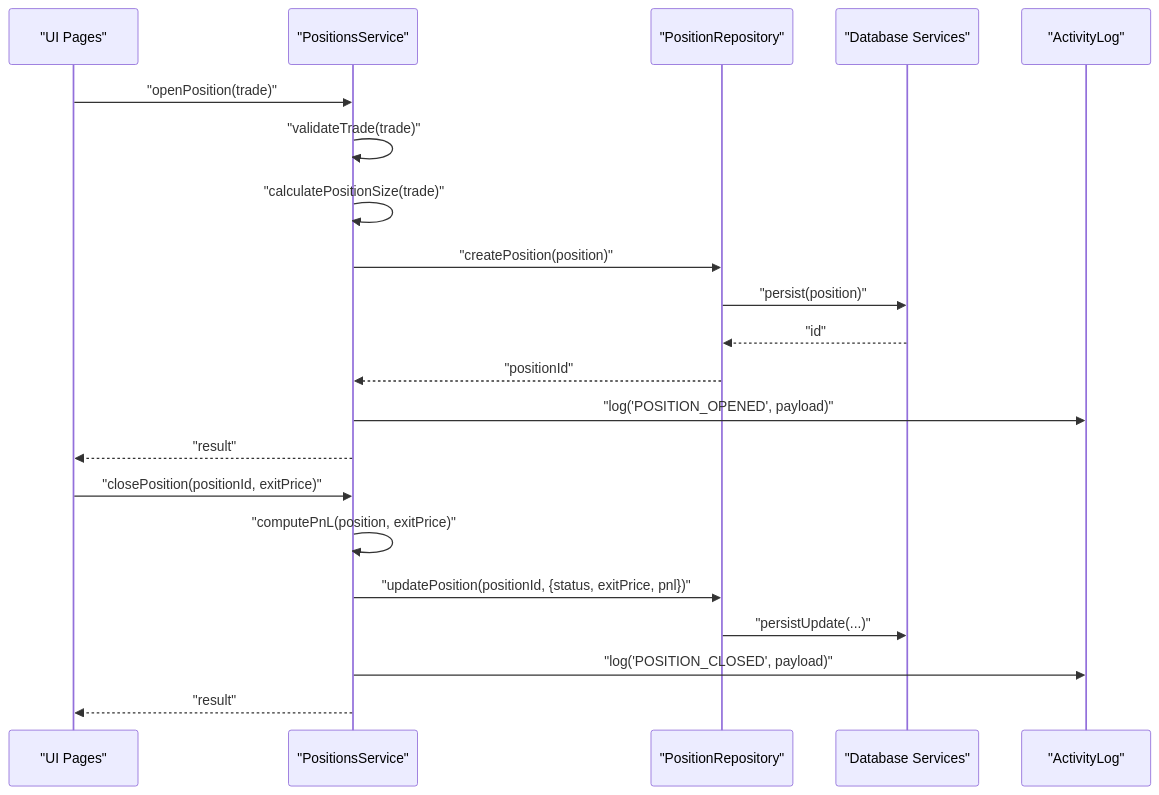
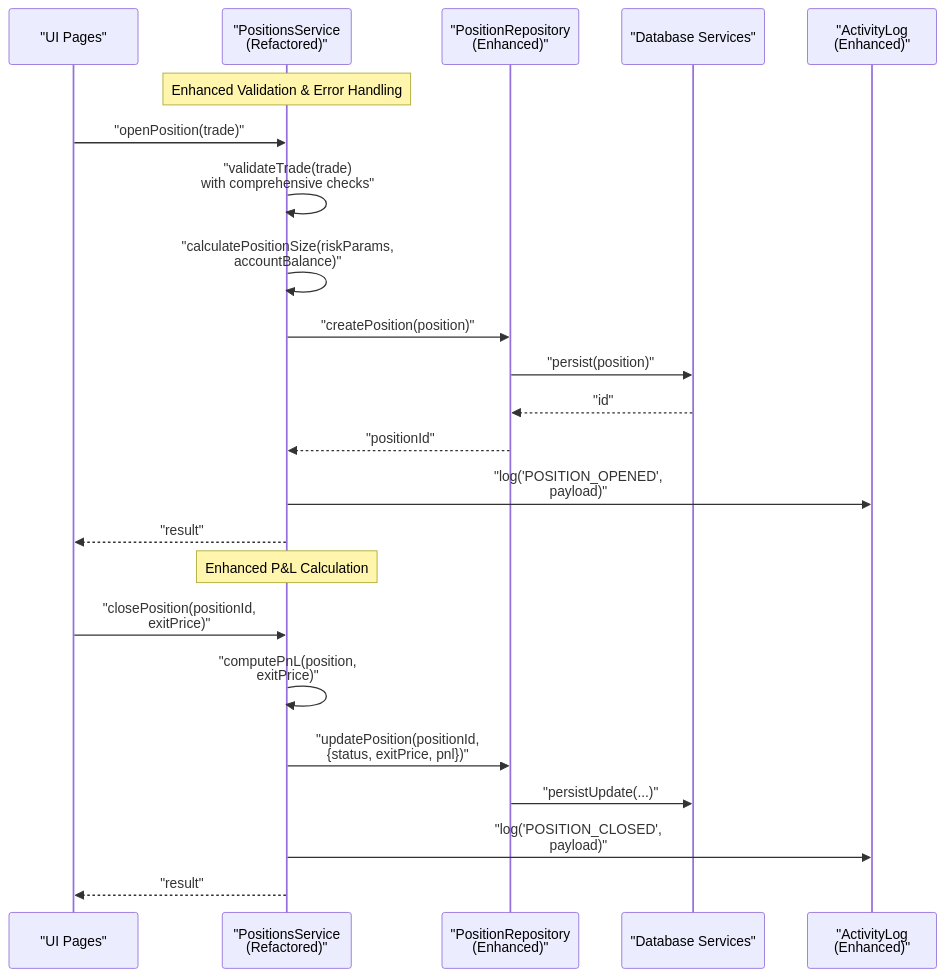
Before and after one commit to iliyas77/MTF-monitor: the second of 3 diagrams in .qoder/repowiki/en/content/API Reference/Service Layer API/Positions Service API.md, drawn with Mermaid. The commit also changed other lines of this file and 46 other files, not shown here.

````diff
--- a/.qoder/repowiki/en/content/API Reference/Service Layer API/Positions Service API.md
+++ b/.qoder/repowiki/en/content/API Reference/Service Layer API/Positions Service API.md
@@ -114,23 +124,25 @@
 ```mermaid
 sequenceDiagram
 participant UI as "UI Pages"
-participant PS as "PositionsService"
-participant PR as "PositionRepository"
+participant PS as "PositionsService<br/>(Refactored)"
+participant PR as "PositionRepository<br/>(Enhanced)"
 participant DB as "Database Services"
-participant AL as "ActivityLog"
+participant AL as "ActivityLog<br/>(Enhanced)"
+Note over PS : Enhanced Validation & Error Handling
 UI->>PS : "openPosition(trade)"
-PS->>PS : "validateTrade(trade)"
-PS->>PS : "calculatePositionSize(trade)"
+PS->>PS : "validateTrade(trade)<br/>with comprehensive checks"
+PS->>PS : "calculatePositionSize(riskParams,<br/>accountBalance)"
 PS->>PR : "createPosition(position)"
 PR->>DB : "persist(position)"
 DB-->>PR : "id"
 PR-->>PS : "positionId"
-PS->>AL : "log('POSITION_OPENED', payload)"
+PS->>AL : "log('POSITION_OPENED',<br/>payload)"
 PS-->>UI : "result"
-UI->>PS : "closePosition(positionId, exitPrice)"
-PS->>PS : "computePnL(position, exitPrice)"
-PS->>PR : "updatePosition(positionId, {status, exitPrice, pnl})"
+Note over PS : Enhanced P&L Calculation
+UI->>PS : "closePosition(positionId,<br/>exitPrice)"
+PS->>PS : "computePnL(position,<br/>exitPrice)"
+PS->>PR : "updatePosition(positionId,<br/>{status, exitPrice, pnl})"
 PR->>DB : "persistUpdate(...)"
-PS->>AL : "log('POSITION_CLOSED', payload)"
+PS->>AL : "log('POSITION_CLOSED',<br/>payload)"
 PS-->>UI : "result"
 ```
````
